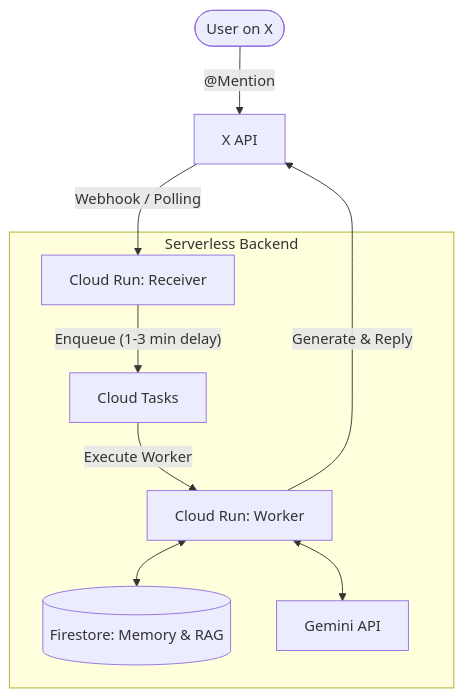
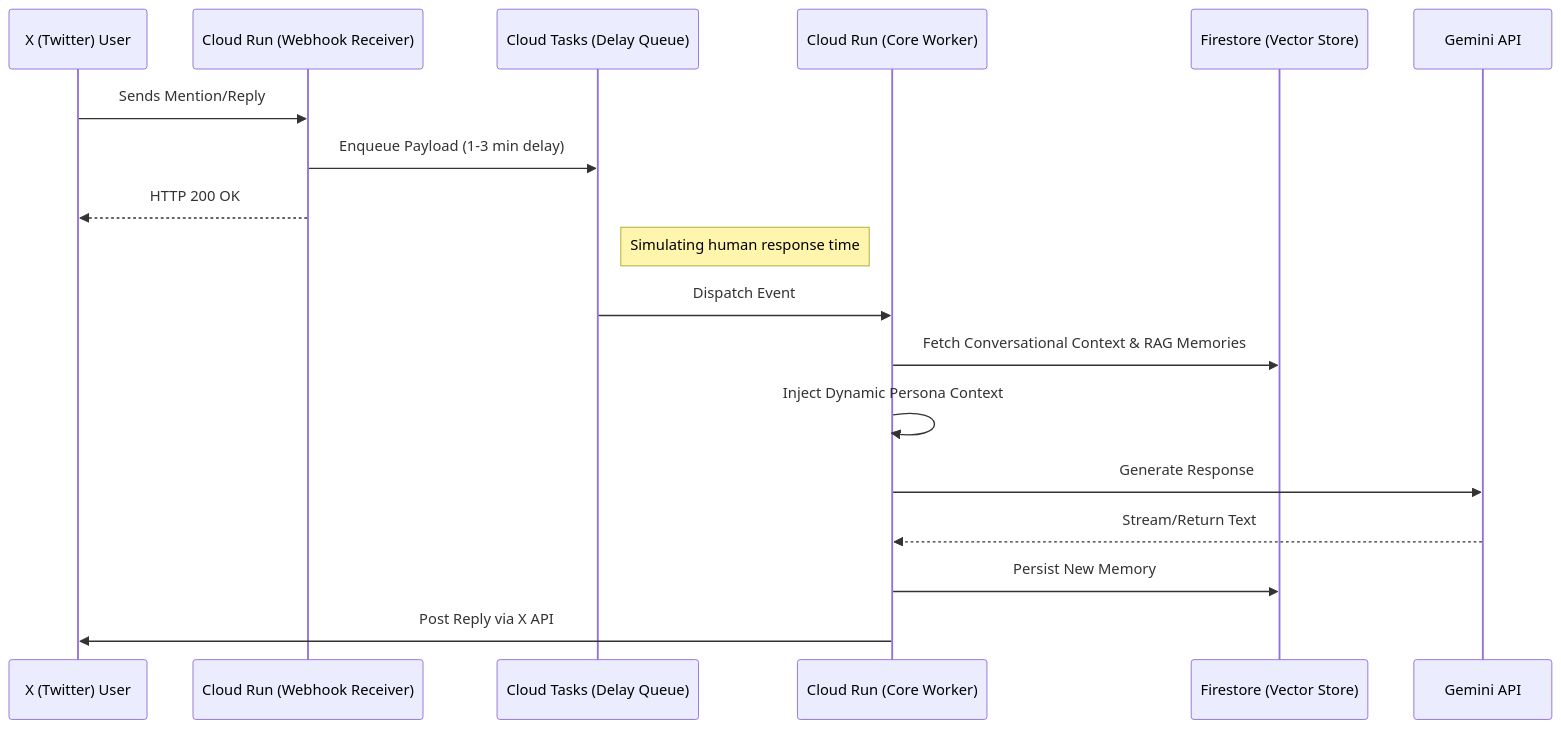
Before and after one commit to akina-se/rebecca-ai: the first of 2 diagrams in README.md, drawn with Mermaid. The commit also changed other lines of this file and 414 other files, not shown here.

First line of the commit message:
feat: admin management dashboard, full monorepo architecture, and enterprise CI/CD (#49)

````diff
--- a/README.md
+++ b/README.md
@@ -42,15 +27,21 @@
 ```mermaid
-graph TD
-    User([User on X]) -- "@Mention" --> XAPI[X API]
-    XAPI -- "Webhook / Polling" --> Webhook[Cloud Run: Receiver]
-    
-    subgraph GCP [Serverless Backend]
-        Webhook -- "Enqueue (1-3 min delay)" --> Tasks[Cloud Tasks]
-        Tasks -- "Execute Worker" --> Worker[Cloud Run: Worker]
-        
-        Worker <--> DB[(Firestore: Memory & RAG)]
-        Worker <--> LLM[Gemini API]
-    end
-    
-    Worker -- "Generate & Reply" --> XAPI
+sequenceDiagram
+    participant User as X (Twitter) User
+    participant Webhook as Cloud Run (Webhook Receiver)
+    participant Task as Cloud Tasks (Delay Queue)
+    participant Worker as Cloud Run (Core Worker)
+    participant DB as Firestore (Vector Store)
+    participant LLM as Gemini API
+
+    User->>Webhook: Sends Mention/Reply
+    Webhook->>Task: Enqueue Payload (1-3 min delay)
+    Webhook-->>User: HTTP 200 OK
+    Note right of Task: Simulating human response time
+    Task->>Worker: Dispatch Event
+    Worker->>DB: Fetch Conversational Context & RAG Memories
+    Worker->>Worker: Inject Dynamic Persona Context
+    Worker->>LLM: Generate Response
+    LLM-->>Worker: Stream/Return Text
+    Worker->>DB: Persist New Memory
+    Worker->>User: Post Reply via X API
 ```
````
